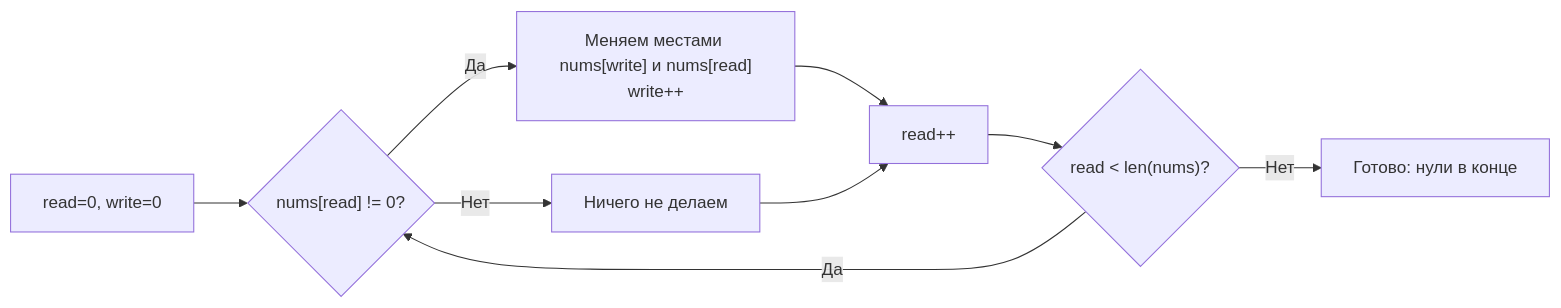
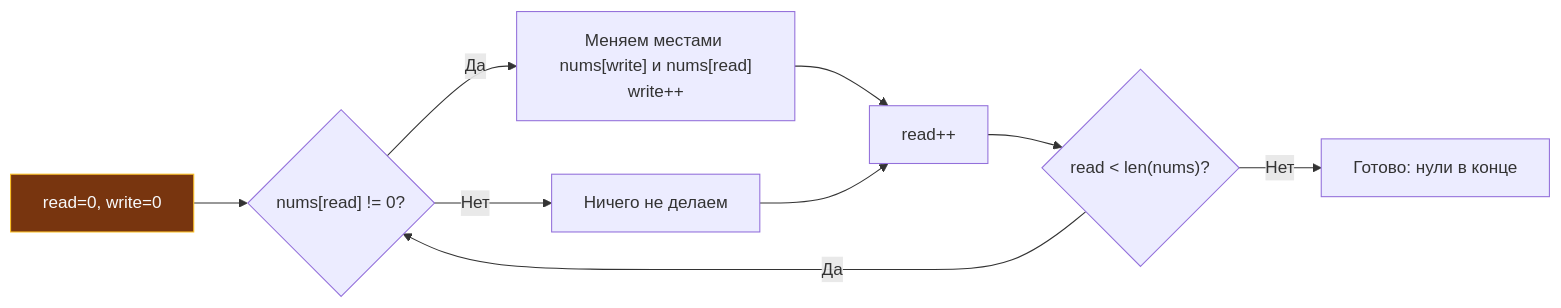
Before and after one commit to UnrealTemplier/go-textbook: the diagram in sources/21. Задачи с LeetCode и собеседований на Go/02. Задачи/01. Массивы и строки/10. Move Zeroes.md, drawn with Mermaid. The commit also changed 1666 other files, not shown here.

First line of the commit message:
feat(mermaid): add semantic color classDef to 1369 colorless flowchart/graph diagrams

````diff
--- a/sources/21. Задачи с LeetCode и собеседований на Go/02. Задачи/01. Массивы и строки/10. Move Zeroes.md
+++ b/sources/21. Задачи с LeetCode и собеседований на Go/02. Задачи/01. Массивы и строки/10. Move Zeroes.md
@@ -78,11 +78,21 @@
 ```mermaid
 flowchart LR
-    A["read=0, write=0"] --> B{"nums[read] != 0?"}
+    classDef process  fill:#1e293b,stroke:#38bdf8,stroke-width:1px,color:#f8fafc
+    classDef success  fill:#064e3b,stroke:#34d399,stroke-width:1px,color:#f8fafc
+    classDef error    fill:#7f1d1d,stroke:#f87171,stroke-width:1px,color:#f8fafc
+    classDef warning  fill:#78350f,stroke:#fbbf24,stroke-width:1px,color:#f8fafc
+    classDef entry    fill:#1e3a5f,stroke:#38bdf8,stroke-width:2px,color:#f8fafc
+    classDef aux      fill:#334155,stroke:#64748b,stroke-width:1px,color:#f8fafc
+    classDef system   fill:#312e81,stroke:#a78bfa,stroke-width:1px,color:#f8fafc
+    classDef data     fill:#132d29,stroke:#2dd4bf,stroke-width:1px,color:#f8fafc
+    classDef network  fill:#881337,stroke:#fb7185,stroke-width:1px,color:#f8fafc
+    classDef accent   fill:#1e1b4b,stroke:#818cf8,stroke-width:1px,color:#f8fafc
+    A["read=0, write=0"]:::warning --> B{"nums[read] != 0?"}
     B -->|"Да"| C["Меняем местами nums[write] и nums[read]<br>write++"]
     B -->|"Нет"| D["Ничего не делаем"]
     C --> E["read++"]
     D --> E
     E --> F{"read < len(nums)?"}
     F -->|"Да"| B
     F -->|"Нет"| G["Готово: нули в конце"]
 ```
````
